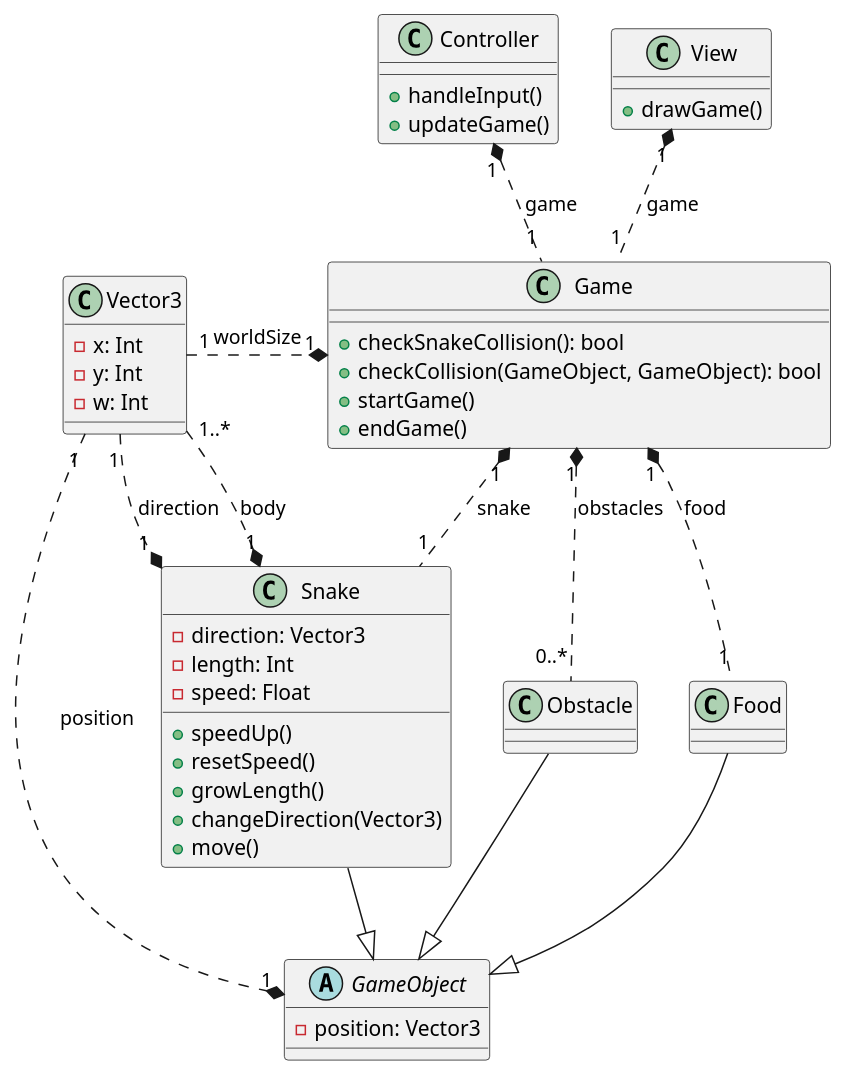
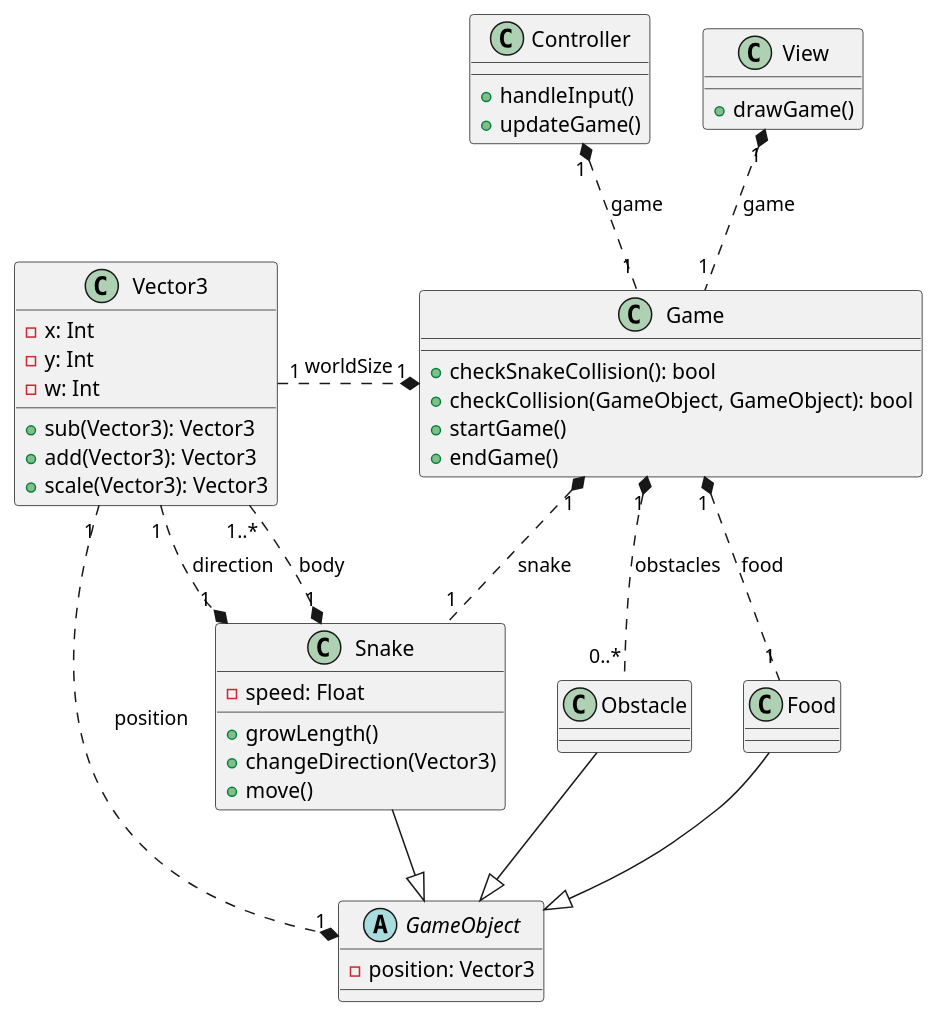
The diagram in diagrams/classDiagram.puml (szmoli/kt_snake), drawn with PlantUML before and after one commit.

Commit message:
updated class diagram to match the changes in the snake class

```diff
--- a/diagrams/classDiagram.puml
+++ b/diagrams/classDiagram.puml
@@ -1,66 +1,66 @@
 @startuml classDiagram
 skinparam groupInheritance 2
 
 ' Game classes
 class Game {
     + checkSnakeCollision(): bool
     + checkCollision(GameObject, GameObject): bool
     + startGame()
     + endGame()
 }
 
 abstract GameObject {
     - position: Vector3
 }
 
 class Snake {
-    + speedUp()
-    + resetSpeed()
     + growLength()
     + changeDirection(Vector3)
     + move()
 
-    - direction: Vector3
-    - length: Int
     - speed: Float
 }
 
 class Food {
 }
 
 class Obstacle {
 }
 
 ' Util classes
 class Controller {
     + handleInput()
     + updateGame()
 }
 
 class View {
     + drawGame()
 }
 
 class Vector3 {
     - x: Int
     - y: Int
     - w: Int
+
+    + sub(Vector3): Vector3
+    + add(Vector3): Vector3
+    + scale(Vector3): Vector3
 }
 
 ' Inheritance
 GameObject <|-up- Food
 GameObject <|-up- Obstacle
 GameObject <|-up- Snake
 
 ' Associations
 Game "1" *.. "1" Snake : "snake"
 Game "1" *.. "1" Food : "food"
 Game "1" *.. "0..*" Obstacle : "obstacles"
 Game "1" *.left. "1" Vector3 : "worldSize"
 GameObject "1" *.left. "1" Vector3 : "position"
 Snake "1" *.left. "1" Vector3 : "direction"
 Snake "1" *.left. "1..*" Vector3 : "body"
 View "1" *.. "1" Game : "game"
 Controller "1" *.. "1" Game : "game"
 
 @enduml
```
